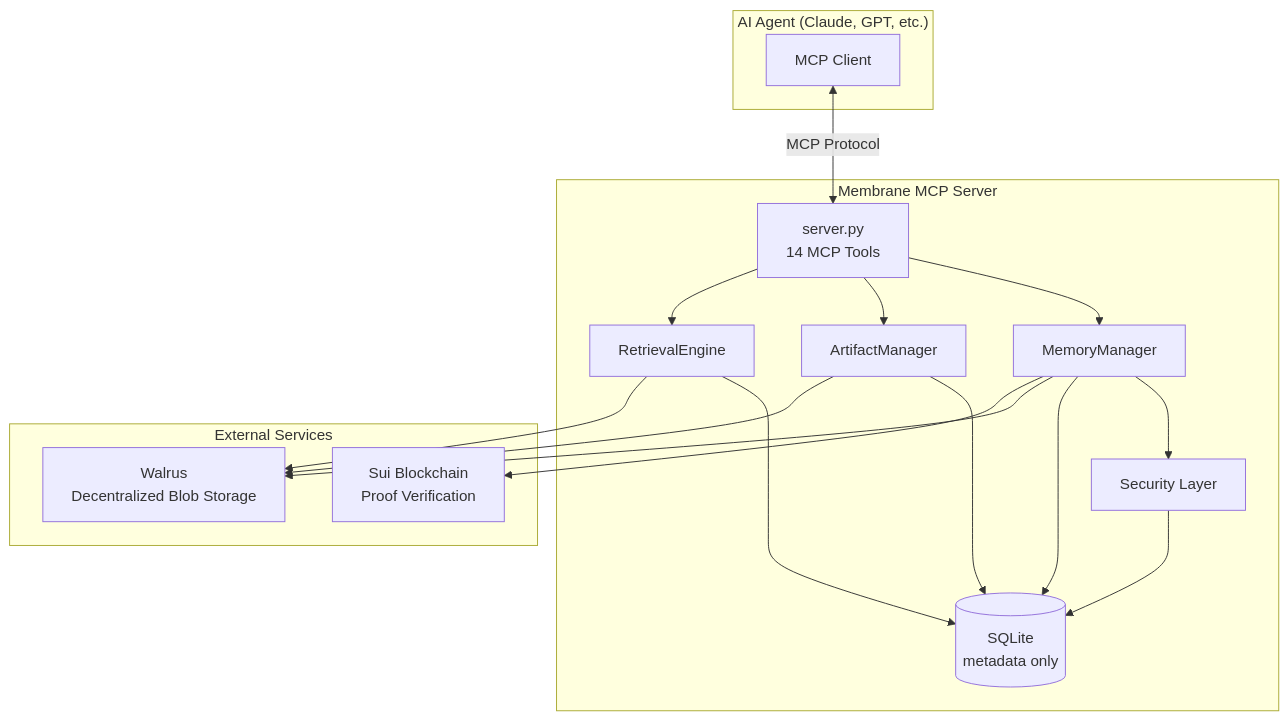
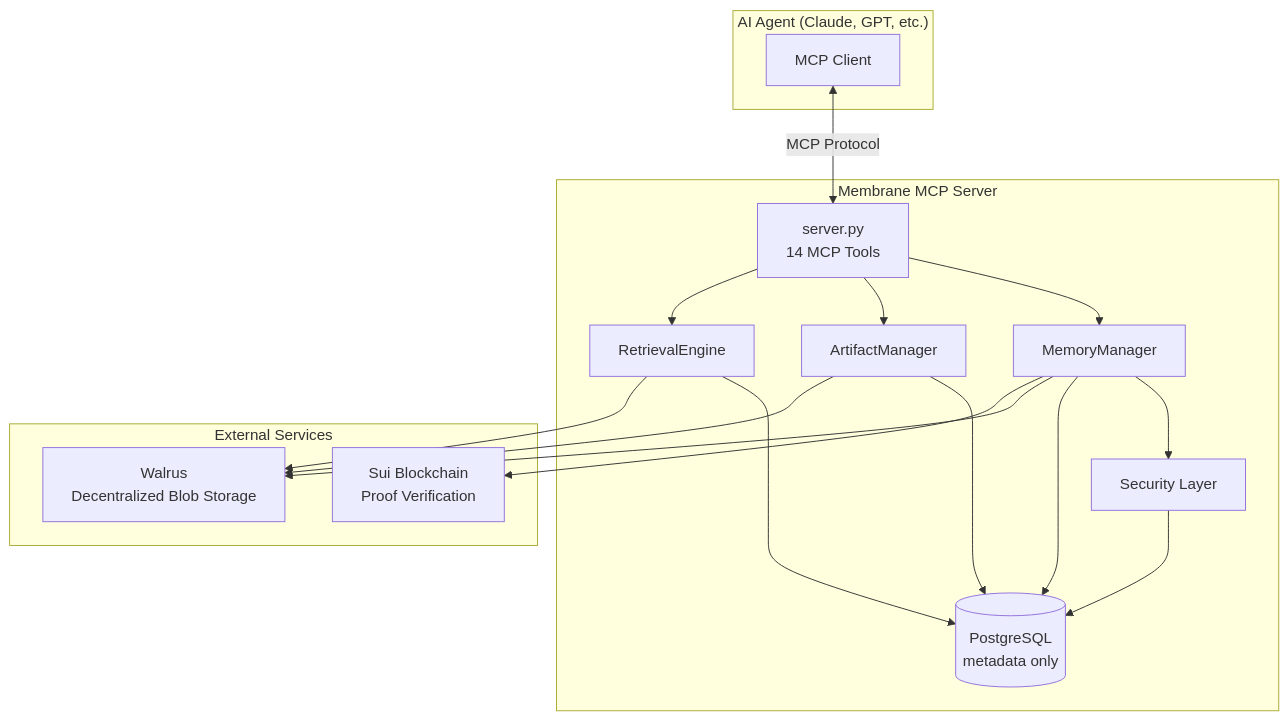
The diagram in README.md (HarshitR2004/membrane), drawn with Mermaid before and after one commit. The commit also changed other lines of this file and 21 other files, not shown here.

````diff
--- a/README.md
+++ b/README.md
@@ -20,34 +20,34 @@
 ```mermaid
 graph TB
     subgraph "AI Agent (Claude, GPT, etc.)"
         A[MCP Client]
     end
 
     subgraph "Membrane MCP Server"
         S[server.py<br/>14 MCP Tools]
         MM[MemoryManager]
         AM[ArtifactManager]
         RE[RetrievalEngine]
         SEC[Security Layer]
-        DB[(SQLite<br/>metadata only)]
+        DB[(PostgreSQL<br/>metadata only)]
     end
 
     subgraph "External Services"
         W[Walrus<br/>Decentralized Blob Storage]
         SUI[Sui Blockchain<br/>Proof Verification]
     end
 
     A <-->|MCP Protocol| S
     S --> MM
     S --> AM
     S --> RE
     MM --> SEC
     MM --> DB
     MM --> W
     MM --> SUI
     AM --> DB
     AM --> W
     RE --> DB
     RE --> W
     SEC --> DB
 ```
````
